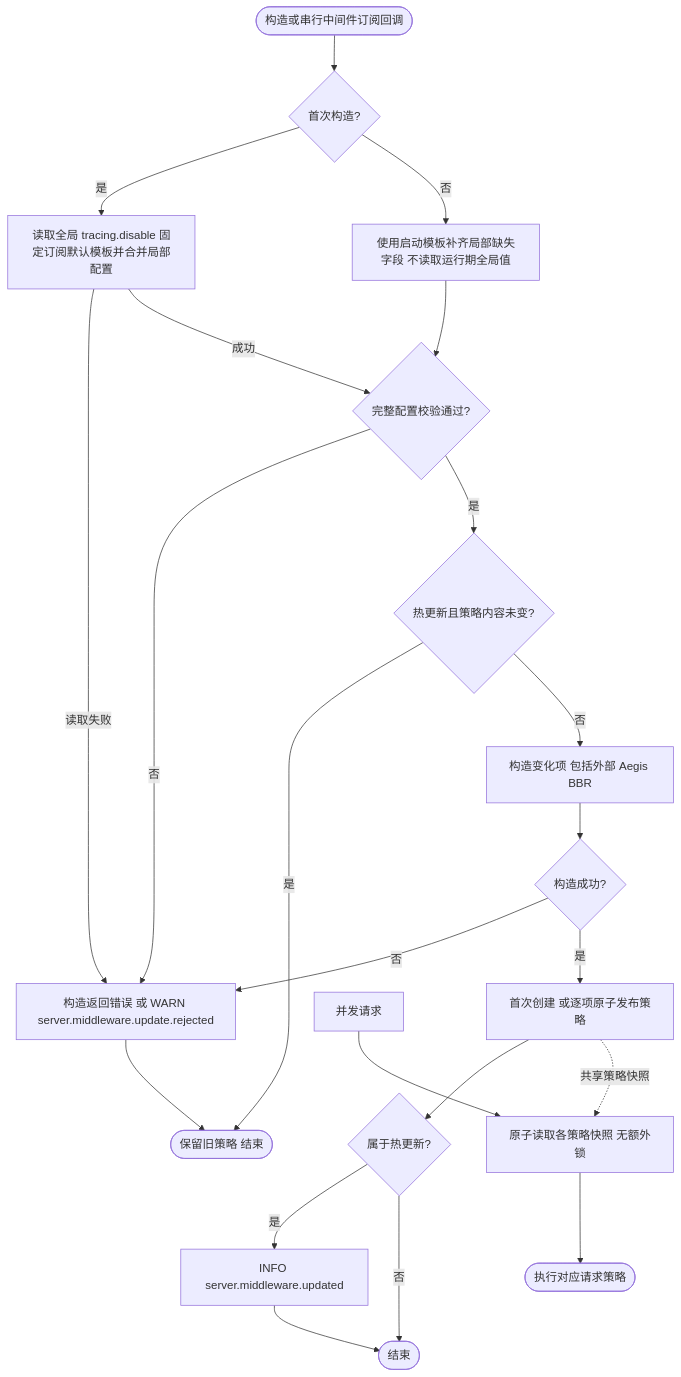
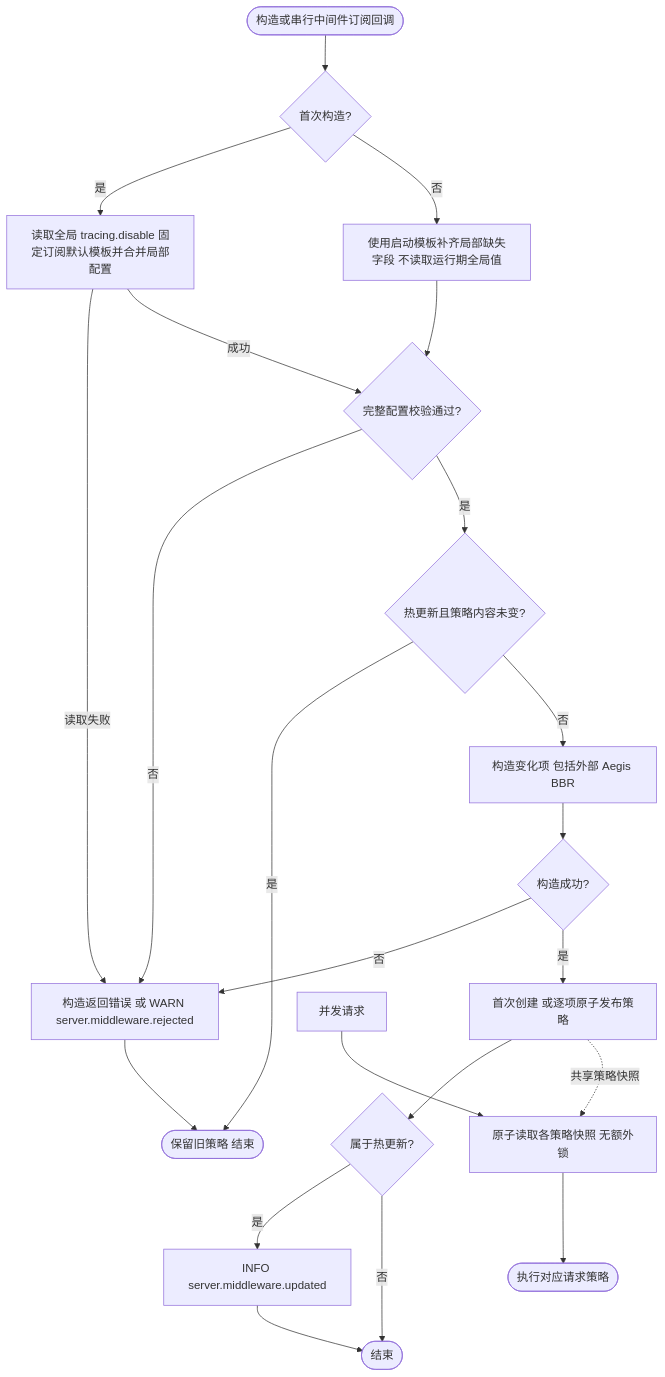
Before and after one commit to jaggerzhuang1994/kratos-foundation: the fourth of 11 diagrams in pkg/server/README.md, drawn with Mermaid. The commit also changed other lines of this file and 56 other files, not shown here.

````diff
--- a/pkg/server/README.md
+++ b/pkg/server/README.md
@@ -137,24 +137,24 @@
 ```mermaid
 flowchart TD
     A([构造或串行中间件订阅回调]) --> A1{首次构造?}
     A1 -- 是 --> A2[读取全局 tracing.disable 固定订阅默认模板并合并局部配置]
     A1 -- 否 --> A3[使用启动模板补齐局部缺失字段 不读取运行期全局值]
     A2 -- 读取失败 --> C
     A2 -- 成功 --> B{完整配置校验通过?}
     A3 --> B
-    B -- 否 --> C[构造返回错误 或 WARN server.middleware.update.rejected]
+    B -- 否 --> C[构造返回错误 或 WARN server.middleware.rejected]
     C --> D([保留旧策略 结束])
     B -- 是 --> R{热更新且策略内容未变?}
     R -- 是 --> D
     R -- 否 --> E[构造变化项 包括外部 Aegis BBR]
     E --> F{构造成功?}
     F -- 否 --> C
     F -- 是 --> G[首次创建 或逐项原子发布策略]
     G --> H{属于热更新?}
     H -- 是 --> M[INFO server.middleware.updated]
     H -- 否 --> I([结束])
     M --> I
     J[并发请求] --> K[原子读取各策略快照 无额外锁]
     G -. 共享策略快照 .-> K
     K --> L([执行对应请求策略])
 ```
````
